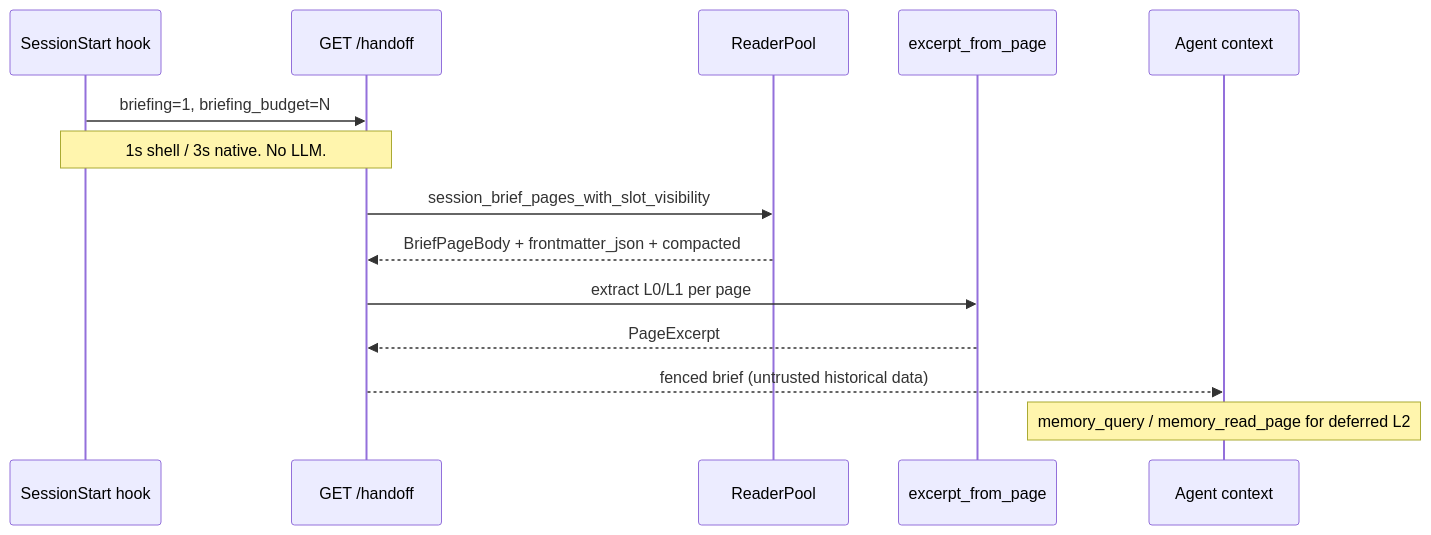
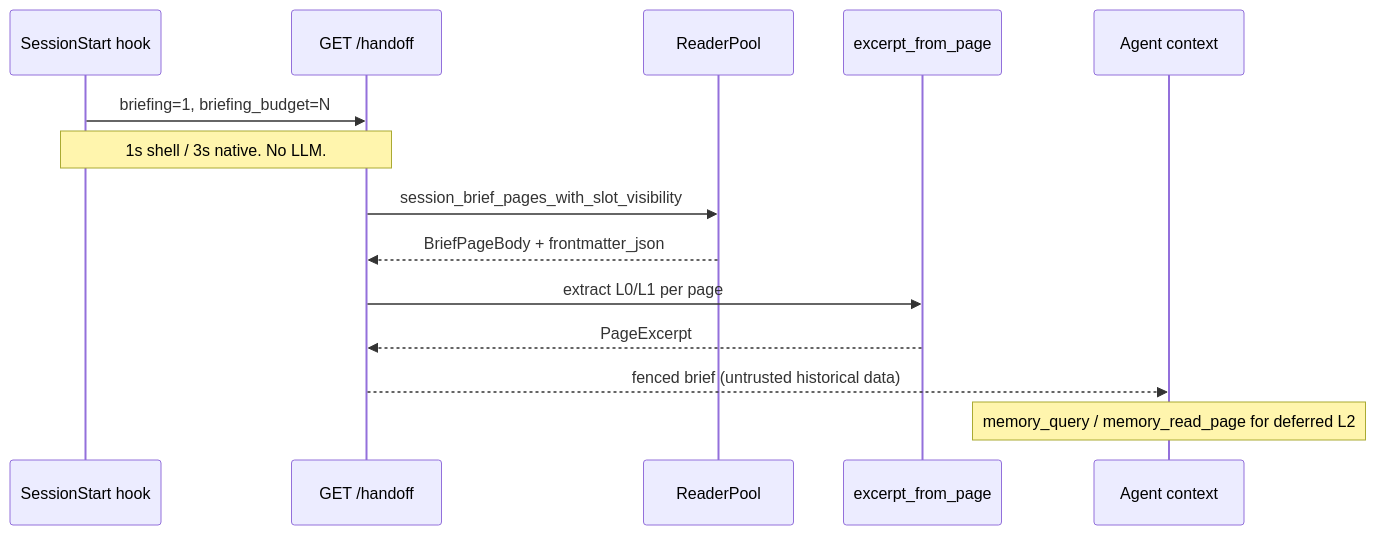
One commit to 1FabricioAntunes/ai-memory changed the second of 2 diagrams in docs/design-tiered-session-brief.md. Above: the diagram before and after it, drawn with Mermaid. The commit also changed other lines of this file and 3 other files, not shown here.

First line of the commit message:
fix(store): drop the unused compacted flag from brief rows

````diff
--- a/docs/design-tiered-session-brief.md
+++ b/docs/design-tiered-session-brief.md
@@ -737,16 +735,16 @@
 ```mermaid
 sequenceDiagram
   participant Hook as SessionStart hook
   participant Handoff as GET /handoff
   participant Store as ReaderPool
   participant Core as excerpt_from_page
   participant Out as Agent context
   Hook->>Handoff: briefing=1, briefing_budget=N
   Note over Hook,Handoff: 1s shell / 3s native. No LLM.
   Handoff->>Store: session_brief_pages_with_slot_visibility
-  Store-->>Handoff: BriefPageBody + frontmatter_json + compacted
+  Store-->>Handoff: BriefPageBody + frontmatter_json
   Handoff->>Core: extract L0/L1 per page
   Core-->>Handoff: PageExcerpt
   Handoff-->>Out: fenced brief (untrusted historical data)
   Note over Out: memory_query / memory_read_page for deferred L2
 ```
````
